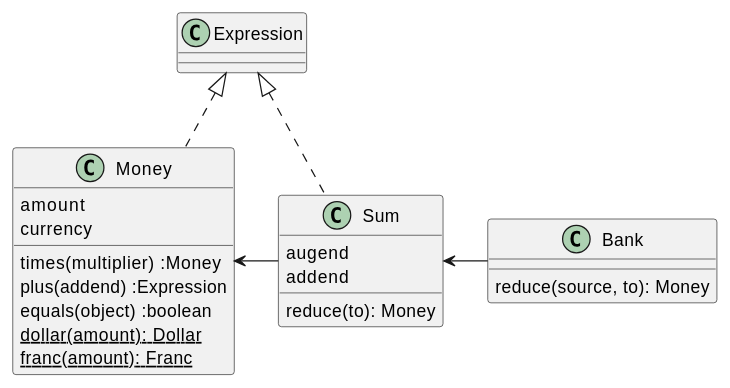
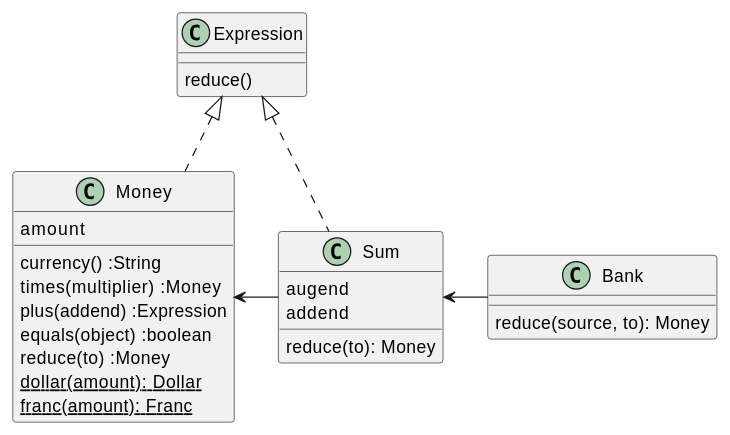
The diagram in docs/src/spec/the_money_example.adoc (hiroshima-arc/pragmatic_programing), drawn with PlantUML before and after one commit. The commit also changed other lines of this file and 5 other files, not shown here.

```diff
--- a/docs/src/spec/the_money_example.adoc
+++ b/docs/src/spec/the_money_example.adoc
@@ -51,26 +52,28 @@
 [plantuml]
 ----
 class Expression {
+  reduce()
 }
 class Sum {
   augend
   addend
   reduce(to): Money
 }
 class Bank {
   reduce(source, to): Money
 }
 class Money {
   amount
-  currency
+  currency() :String
   times(multiplier) :Money
   plus(addend) :Expression
   equals(object) :boolean
+  reduce(to) :Money
   {static} dollar(amount): Dollar
   {static} franc(amount): Franc
 }
 Expression <|.. Money
 Expression <|.. Sum
 Money <- Sum
 Sum <- Bank
 ----
```
